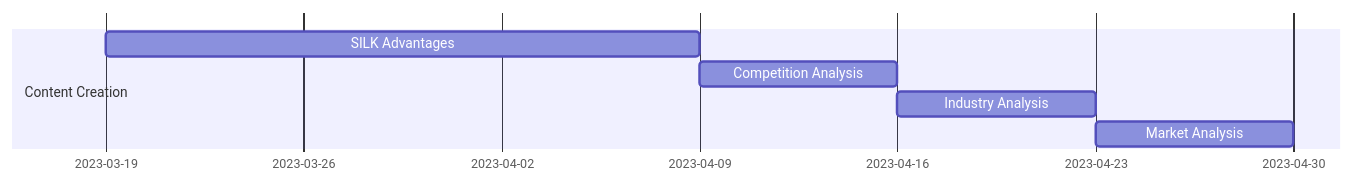
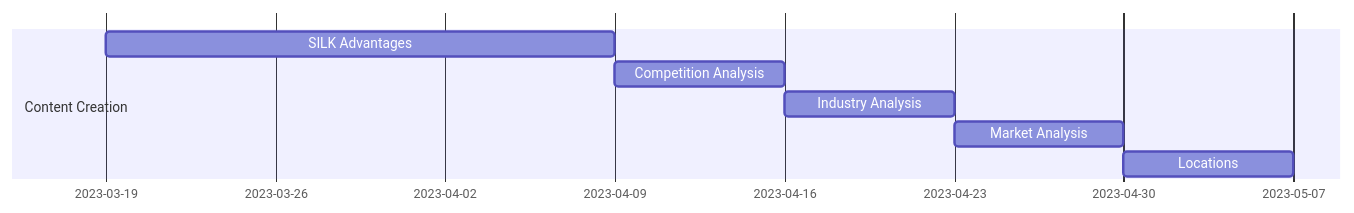
The third of 3 diagrams in research/roadmap.md (sizzzy/Silk-Corp-Guide), drawn with Mermaid before and after one commit.

Commit message:
Added locations

````diff
--- a/research/roadmap.md
+++ b/research/roadmap.md
@@ -37,11 +37,12 @@
 ```mermaid
 gantt
     dateFormat  YYYY-MM-DD
 
     section Content Creation
     SILK Advantages    :2023-03-19, 21d
     Competition Analysis  :7d
     Industry Analysis     :7d
     Market Analysis       :7d
+    Locations       :7d
     
 ```
````
